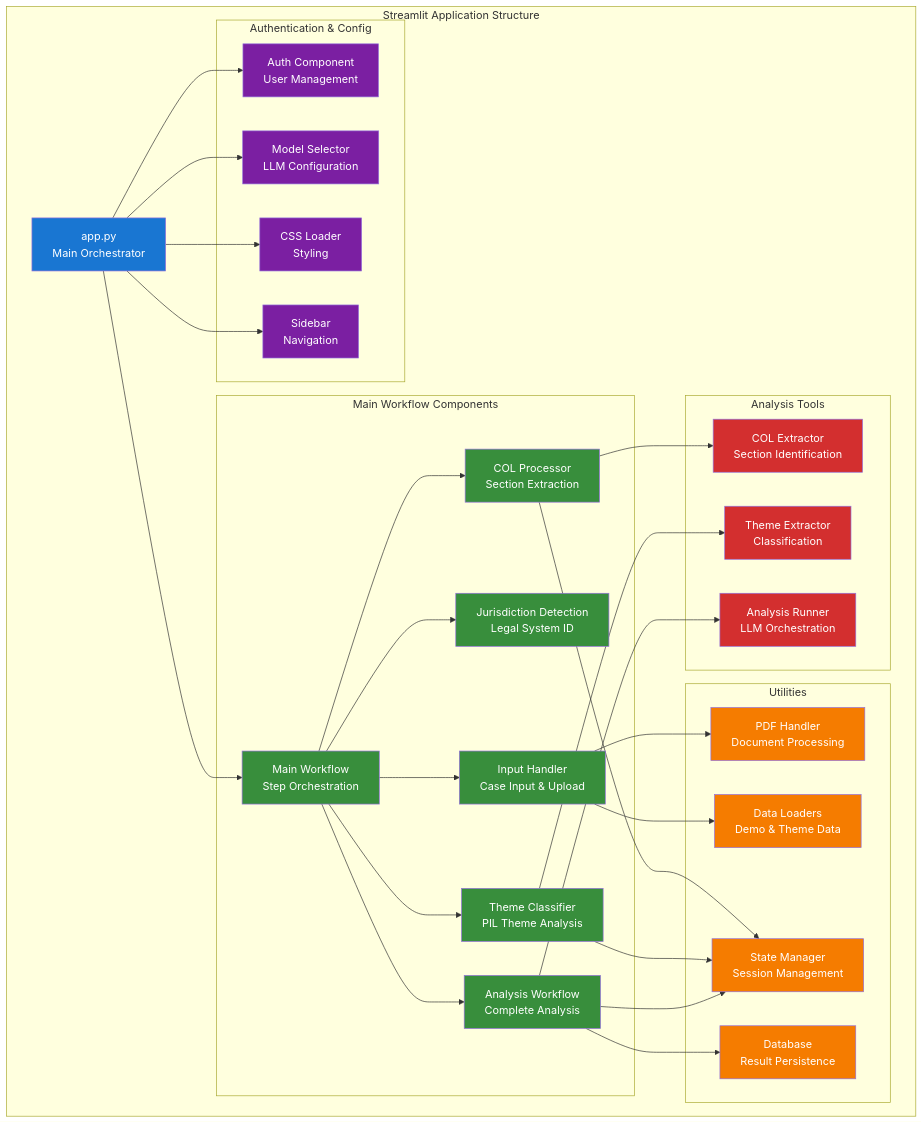
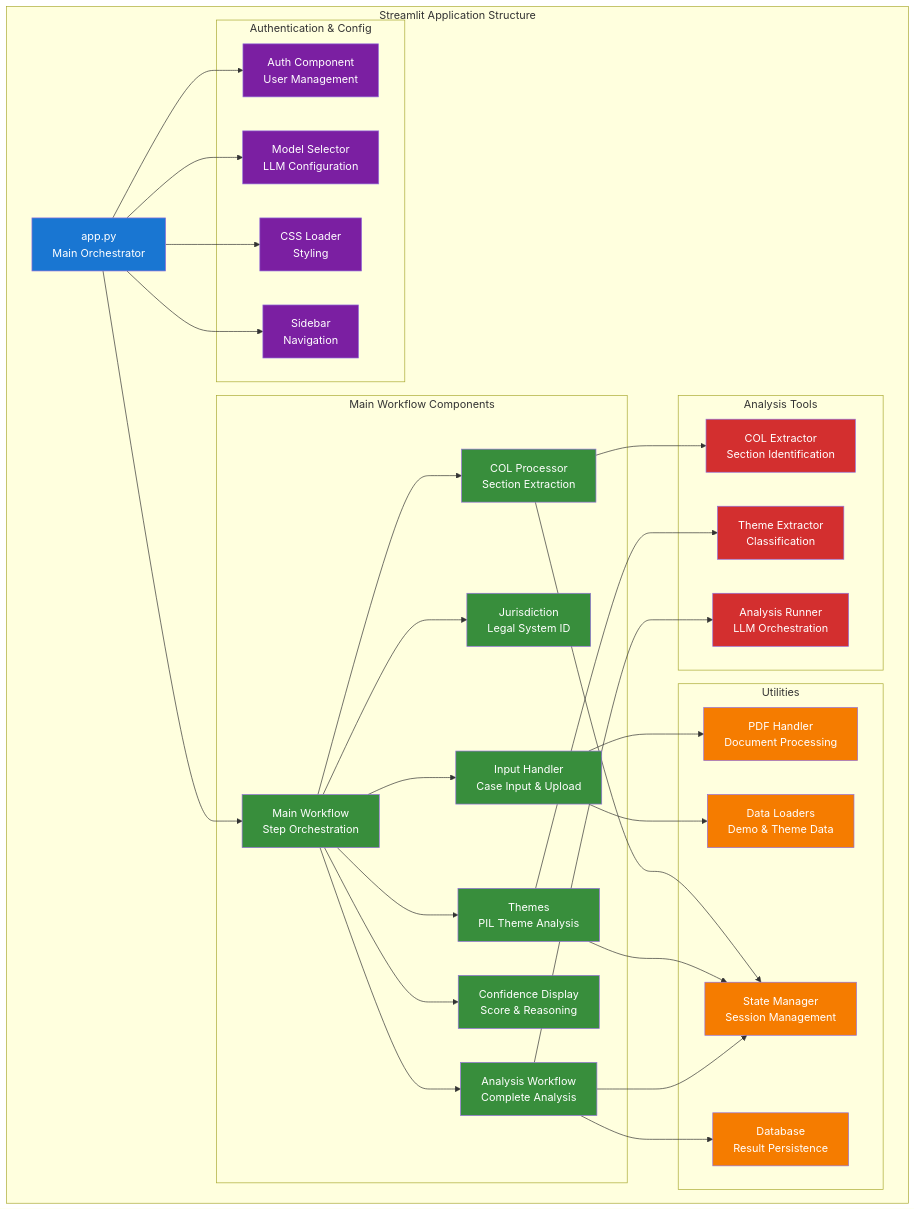
The third of 8 diagrams in docs/ARCHITECTURE.md (Choice-of-Law-Dataverse/cold-case-analysis), drawn with Mermaid before and after one commit. The commit also changed other lines of this file and 5 other files, not shown here.

First line of the commit message:
doc: Complete documentation and diagrams update - now comprehensive source of truth (#83)

````diff
--- a/docs/ARCHITECTURE.md
+++ b/docs/ARCHITECTURE.md
@@ -311,72 +328,74 @@
 ```mermaid
 graph TB
     subgraph "Streamlit Application Structure"
         App[app.py<br/>Main Orchestrator]
         
         subgraph "Authentication & Config"
             Auth[Auth Component<br/>User Management]
             ModelSelector[Model Selector<br/>LLM Configuration]
             CSS[CSS Loader<br/>Styling]
             Sidebar[Sidebar<br/>Navigation]
         end
         
         subgraph "Main Workflow Components"
             MainWorkflow[Main Workflow<br/>Step Orchestration]
             InputHandler[Input Handler<br/>Case Input & Upload]
-            JurisdictionDetect[Jurisdiction Detection<br/>Legal System ID]
+            JurisdictionDetect[Jurisdiction<br/>Legal System ID]
             COLProcessor[COL Processor<br/>Section Extraction]
-            ThemeClassifier[Theme Classifier<br/>PIL Theme Analysis]
+            ThemesComponent[Themes<br/>PIL Theme Analysis]
+            ConfidenceDisplay[Confidence Display<br/>Score & Reasoning]
             AnalysisWorkflow[Analysis Workflow<br/>Complete Analysis]
         end
         
         subgraph "Utilities"
             StateManager[State Manager<br/>Session Management]
             DataLoaders[Data Loaders<br/>Demo & Theme Data]
             PDFHandler[PDF Handler<br/>Document Processing]
             Database[Database<br/>Result Persistence]
         end
         
         subgraph "Analysis Tools"
             COLExtractor[COL Extractor<br/>Section Identification]
             ThemeExtractor[Theme Extractor<br/>Classification]
             AnalysisRunner[Analysis Runner<br/>LLM Orchestration]
         end
     end
 
     App --> Auth
     App --> ModelSelector
     App --> CSS
     App --> Sidebar
     App --> MainWorkflow
     
     MainWorkflow --> InputHandler
     MainWorkflow --> JurisdictionDetect
     MainWorkflow --> COLProcessor
-    MainWorkflow --> ThemeClassifier
+    MainWorkflow --> ThemesComponent
+    MainWorkflow --> ConfidenceDisplay
     MainWorkflow --> AnalysisWorkflow
     
     InputHandler --> PDFHandler
     InputHandler --> DataLoaders
     
     COLProcessor --> COLExtractor
     COLProcessor --> StateManager
     
-    ThemeClassifier --> ThemeExtractor
-    ThemeClassifier --> StateManager
+    ThemesComponent --> ThemeExtractor
+    ThemesComponent --> StateManager
     
     AnalysisWorkflow --> AnalysisRunner
     AnalysisWorkflow --> Database
     AnalysisWorkflow --> StateManager
 
     classDef main fill:#1976d2,color:white
     classDef auth fill:#7b1fa2,color:white
     classDef workflow fill:#388e3c,color:white
     classDef util fill:#f57c00,color:white
     classDef tool fill:#d32f2f,color:white
 
     class App main
     class Auth,ModelSelector,CSS,Sidebar auth
-    class MainWorkflow,InputHandler,JurisdictionDetect,COLProcessor,ThemeClassifier,AnalysisWorkflow workflow
+    class MainWorkflow,InputHandler,JurisdictionDetect,COLProcessor,ThemesComponent,ConfidenceDisplay,AnalysisWorkflow workflow
     class StateManager,DataLoaders,PDFHandler,Database util
     class COLExtractor,ThemeExtractor,AnalysisRunner tool
 ```
````
